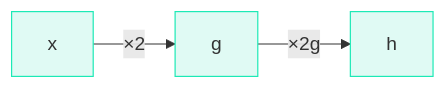
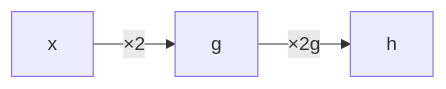
Before and after one commit to iamkhalid2/microgpt-course: the second of 2 diagrams in docs/02-calculus-and-autograd/01-the-chain-rule.md, drawn with Mermaid. The commit also changed other lines of this file and 20 other files, not shown here.

Commit message:
Remove all inline Mermaid styles - let theme handle colors natively

````diff
--- a/docs/02-calculus-and-autograd/01-the-chain-rule.md
+++ b/docs/02-calculus-and-autograd/01-the-chain-rule.md
@@ -68,8 +65,4 @@
 ```mermaid
 flowchart LR
     X["x"] -- "×2" --> G["g"] -- "×2g" --> H["h"]
-
-    style X fill:#e0faf4,stroke:#1de9b6
-    style G fill:#e0faf4,stroke:#1de9b6
-    style H fill:#e0faf4,stroke:#1de9b6
 ```
````
